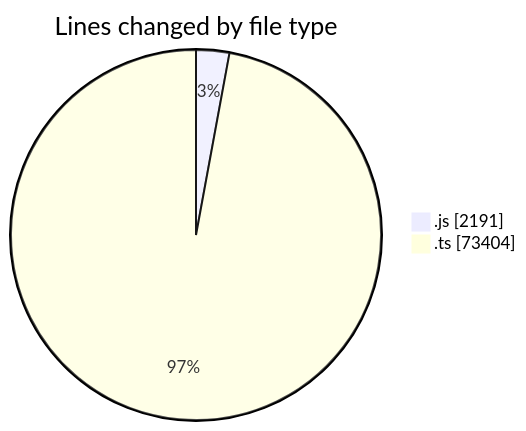
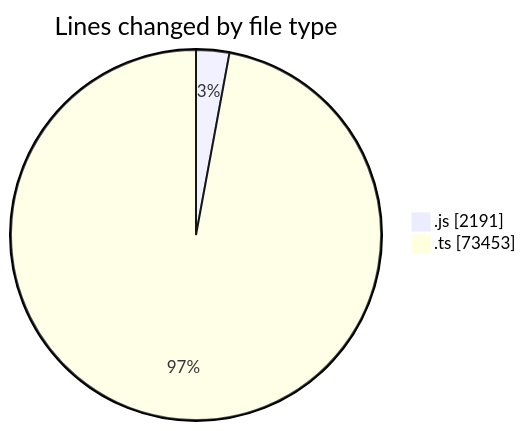
One commit to momahboobian/code-tracking changed the first of 2 diagrams in 2025-06-19/cda/README.md. Above: the diagram before and after it, drawn with Mermaid. The commit also changed other lines of this file and 1 other file, not shown here.

````diff
--- a/2025-06-19/cda/README.md
+++ b/2025-06-19/cda/README.md
@@ -40,6 +41,6 @@
 ```mermaid
 pie showData
 title Lines changed by file type
 ".js" : 2191
-".ts" : 73404
+".ts" : 73453
 ```
````
